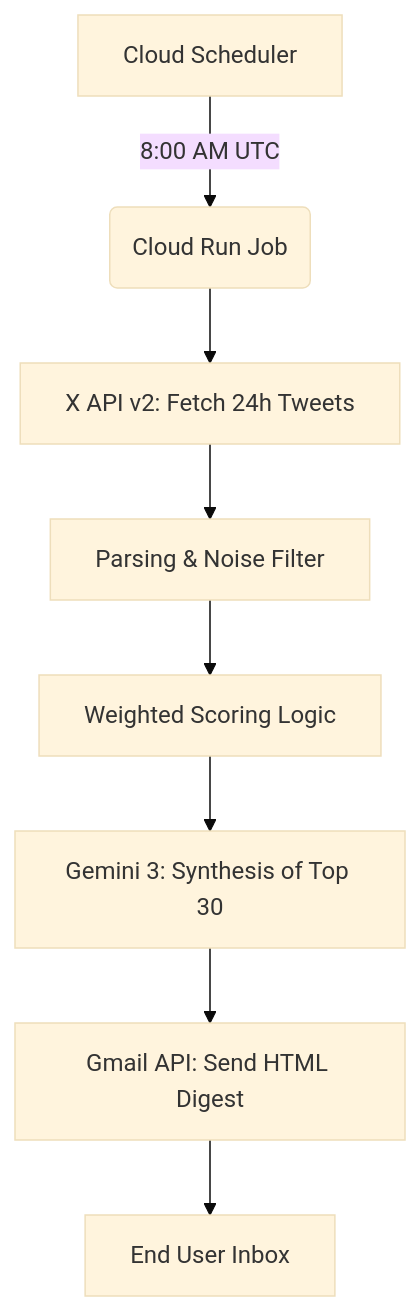
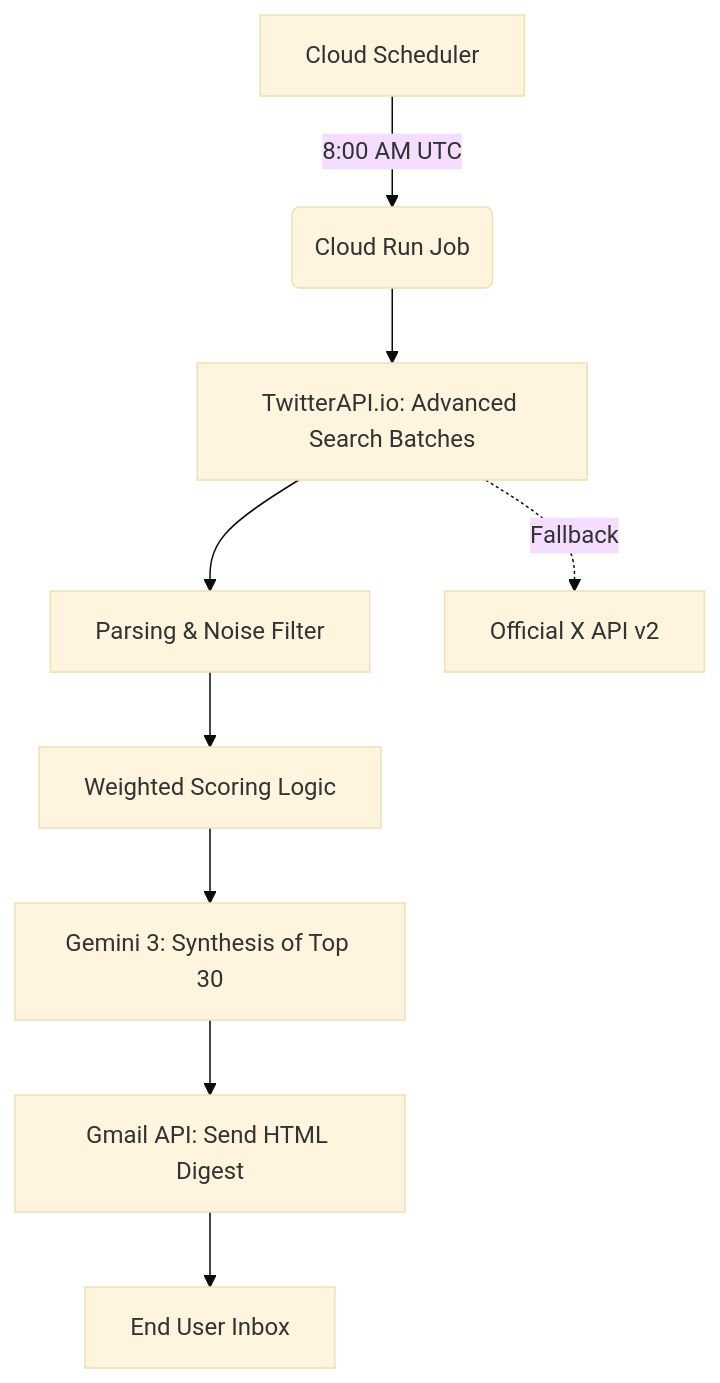
One commit to kimjin8/twitter-ai-digest changed the diagram in PRD.md. Above: the diagram before and after it, drawn with Mermaid (base theme). The commit also changed other lines of this file and 9 other files, not shown here.

Commit message:
Migrate to TwitterAPI.io with cost-optimized Advanced Search batching

````diff
--- a/PRD.md
+++ b/PRD.md
@@ -70,10 +71,11 @@
 ```mermaid
 graph TD
     A[Cloud Scheduler] -->|8:00 AM UTC| B(Cloud Run Job)
-    B --> C[X API v2: Fetch 24h Tweets]
+    B --> C[TwitterAPI.io: Advanced Search Batches]
     C --> D[Parsing & Noise Filter]
     D --> E[Weighted Scoring Logic]
     E --> F[Gemini 3: Synthesis of Top 30]
     F --> G[Gmail API: Send HTML Digest]
     G --> H[End User Inbox]
+    C -.->|Fallback| CA[Official X API v2]
 ```
````
